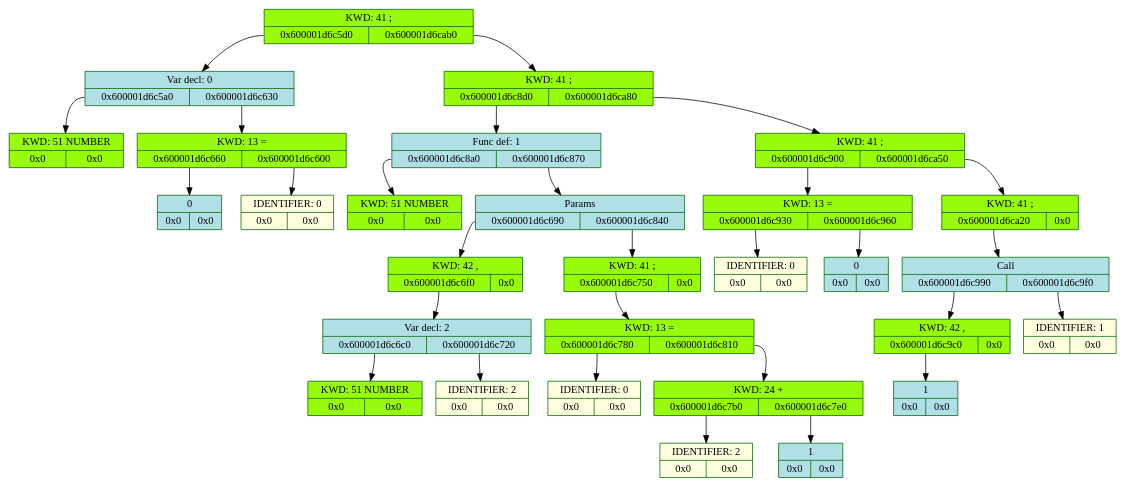
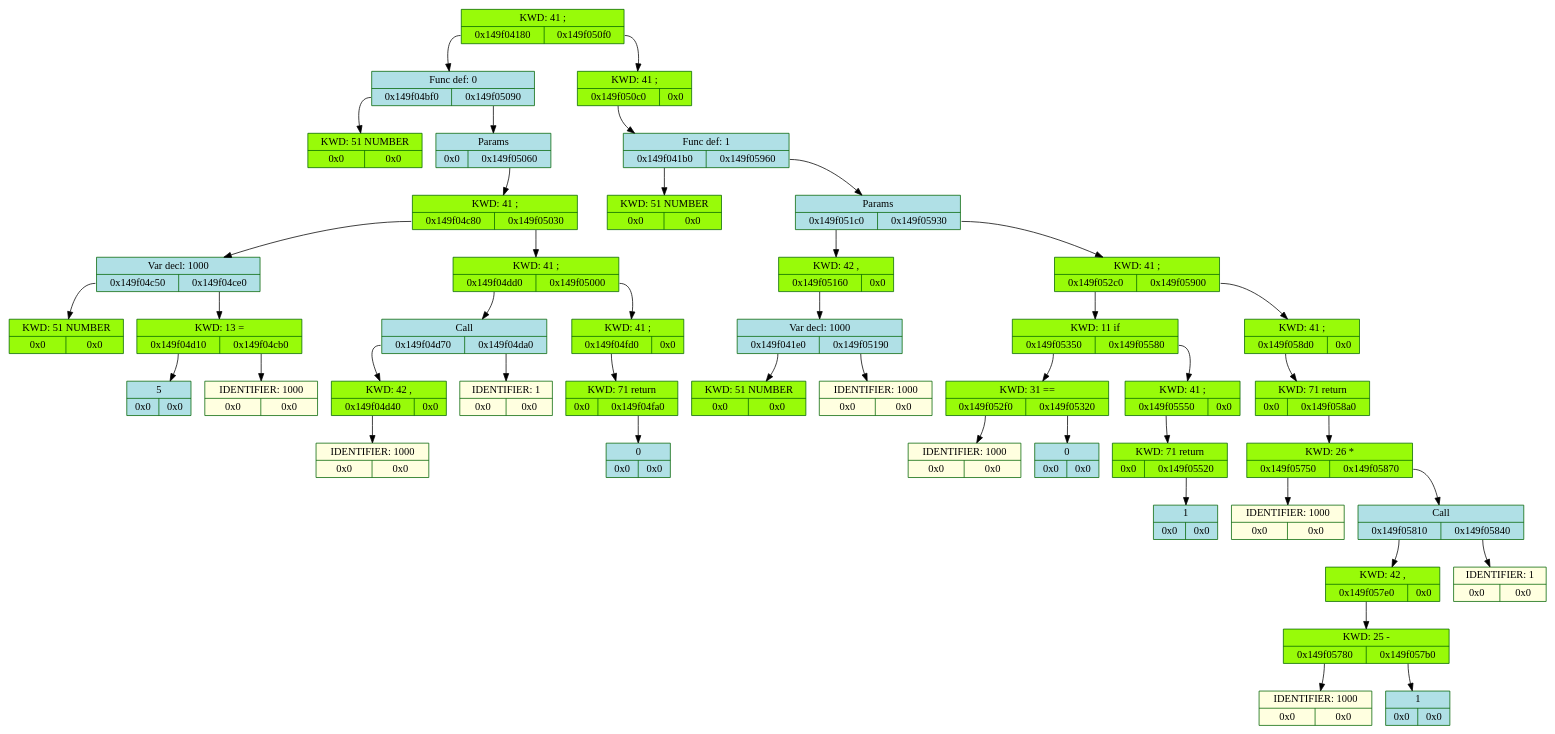
One commit to whiterno/my_lang changed the diagram in frontend/log/dump.dot. Above: the diagram before and after it, drawn with Graphviz. The commit also changed 12 other files, not shown here.

```diff
--- a/frontend/log/dump.dot
+++ b/frontend/log/dump.dot
@@ -1,61 +1,91 @@
 digraph D{
 	rankdir = TB
 
-	node_105553147120352 [color = "darkgreen", style = "filled", shape = "record", fillcolor = "#98FB9" label = "{KWD: 41 ;  | {<fl105553147120352> 0x600001d6c5d0 | <fr105553147120352> 0x600001d6cab0}}"]
-	node_105553147120352: <fl105553147120352> -> node_105553147119056 [color = "black", arrowhead = "normal", label = ""]
-	node_105553147119056 [color = "darkgreen", style = "filled", shape = "record", fillcolor = "#B0E0E6" label = "{Var decl: 0 | {<fl105553147119056> 0x600001d6c5a0 | <fr105553147119056> 0x600001d6c630}}"]
-	node_105553147119056: <fl105553147119056> -> node_105553147119008 [color = "black", arrowhead = "normal", label = ""]
-	node_105553147119008 [color = "darkgreen", style = "filled", shape = "record", fillcolor = "#98FB9" label = "{KWD: 51 NUMBER  | {<fl105553147119008> 0x0 | <fr105553147119008> 0x0}}"]
-	node_105553147119056: <fr105553147119056> -> node_105553147119152 [color = "black", arrowhead = "normal", label = ""]
-	node_105553147119152 [color = "darkgreen", style = "filled", shape = "record", fillcolor = "#98FB9" label = "{KWD: 13 =  | {<fl105553147119152> 0x600001d6c660 | <fr105553147119152> 0x600001d6c600}}"]
-	node_105553147119152: <fl105553147119152> -> node_105553147119200 [color = "black", arrowhead = "normal", label = ""]
-	node_105553147119200 [color = "darkgreen", style = "filled", shape = "record", fillcolor = "#B0E0E6" label = "{0  | {<fl105553147119200> 0x0 | <fr105553147119200> 0x0}}"]
-	node_105553147119152: <fr105553147119152> -> node_105553147119104 [color = "black", arrowhead = "normal", label = ""]
-	node_105553147119104 [color = "darkgreen", style = "filled", shape = "record", fillcolor = "#FFFFE0" label = "{IDENTIFIER: 0 | {<fl105553147119104> 0x0 | <fr105553147119104> 0x0}}"]
-	node_105553147120352: <fr105553147120352> -> node_105553147120304 [color = "black", arrowhead = "normal", label = ""]
-	node_105553147120304 [color = "darkgreen", style = "filled", shape = "record", fillcolor = "#98FB9" label = "{KWD: 41 ;  | {<fl105553147120304> 0x600001d6c8d0 | <fr105553147120304> 0x600001d6ca80}}"]
-	node_105553147120304: <fl105553147120304> -> node_105553147119824 [color = "black", arrowhead = "normal", label = ""]
-	node_105553147119824 [color = "darkgreen", style = "filled", shape = "record", fillcolor = "#B0E0E6" label = "{Func def: 1  | {<fl105553147119824> 0x600001d6c8a0 | <fr105553147119824> 0x600001d6c870}}"]
-	node_105553147119824: <fl105553147119824> -> node_105553147119776 [color = "black", arrowhead = "normal", label = ""]
-	node_105553147119776 [color = "darkgreen", style = "filled", shape = "record", fillcolor = "#98FB9" label = "{KWD: 51 NUMBER  | {<fl105553147119776> 0x0 | <fr105553147119776> 0x0}}"]
-	node_105553147119824: <fr105553147119824> -> node_105553147119728 [color = "black", arrowhead = "normal", label = ""]
-	node_105553147119728 [color = "darkgreen", style = "filled", shape = "record", fillcolor = "#B0E0E6" label = "{Params  | {<fl105553147119728> 0x600001d6c690 | <fr105553147119728> 0x600001d6c840}}"]
-	node_105553147119728: <fl105553147119728> -> node_105553147119248 [color = "black", arrowhead = "normal", label = ""]
-	node_105553147119248 [color = "darkgreen", style = "filled", shape = "record", fillcolor = "#98FB9" label = "{KWD: 42 ,  | {<fl105553147119248> 0x600001d6c6f0 | <fr105553147119248> 0x0}}"]
-	node_105553147119248: <fl105553147119248> -> node_105553147119344 [color = "black", arrowhead = "normal", label = ""]
-	node_105553147119344 [color = "darkgreen", style = "filled", shape = "record", fillcolor = "#B0E0E6" label = "{Var decl: 2 | {<fl105553147119344> 0x600001d6c6c0 | <fr105553147119344> 0x600001d6c720}}"]
-	node_105553147119344: <fl105553147119344> -> node_105553147119296 [color = "black", arrowhead = "normal", label = ""]
-	node_105553147119296 [color = "darkgreen", style = "filled", shape = "record", fillcolor = "#98FB9" label = "{KWD: 51 NUMBER  | {<fl105553147119296> 0x0 | <fr105553147119296> 0x0}}"]
-	node_105553147119344: <fr105553147119344> -> node_105553147119392 [color = "black", arrowhead = "normal", label = ""]
-	node_105553147119392 [color = "darkgreen", style = "filled", shape = "record", fillcolor = "#FFFFE0" label = "{IDENTIFIER: 2 | {<fl105553147119392> 0x0 | <fr105553147119392> 0x0}}"]
-	node_105553147119728: <fr105553147119728> -> node_105553147119680 [color = "black", arrowhead = "normal", label = ""]
-	node_105553147119680 [color = "darkgreen", style = "filled", shape = "record", fillcolor = "#98FB9" label = "{KWD: 41 ;  | {<fl105553147119680> 0x600001d6c750 | <fr105553147119680> 0x0}}"]
-	node_105553147119680: <fl105553147119680> -> node_105553147119440 [color = "black", arrowhead = "normal", label = ""]
-	node_105553147119440 [color = "darkgreen", style = "filled", shape = "record", fillcolor = "#98FB9" label = "{KWD: 13 =  | {<fl105553147119440> 0x600001d6c780 | <fr105553147119440> 0x600001d6c810}}"]
-	node_105553147119440: <fl105553147119440> -> node_105553147119488 [color = "black", arrowhead = "normal", label = ""]
-	node_105553147119488 [color = "darkgreen", style = "filled", shape = "record", fillcolor = "#FFFFE0" label = "{IDENTIFIER: 0 | {<fl105553147119488> 0x0 | <fr105553147119488> 0x0}}"]
-	node_105553147119440: <fr105553147119440> -> node_105553147119632 [color = "black", arrowhead = "normal", label = ""]
-	node_105553147119632 [color = "darkgreen", style = "filled", shape = "record", fillcolor = "#98FB9" label = "{KWD: 24 +  | {<fl105553147119632> 0x600001d6c7b0 | <fr105553147119632> 0x600001d6c7e0}}"]
-	node_105553147119632: <fl105553147119632> -> node_105553147119536 [color = "black", arrowhead = "normal", label = ""]
-	node_105553147119536 [color = "darkgreen", style = "filled", shape = "record", fillcolor = "#FFFFE0" label = "{IDENTIFIER: 2 | {<fl105553147119536> 0x0 | <fr105553147119536> 0x0}}"]
-	node_105553147119632: <fr105553147119632> -> node_105553147119584 [color = "black", arrowhead = "normal", label = ""]
-	node_105553147119584 [color = "darkgreen", style = "filled", shape = "record", fillcolor = "#B0E0E6" label = "{1  | {<fl105553147119584> 0x0 | <fr105553147119584> 0x0}}"]
-	node_105553147120304: <fr105553147120304> -> node_105553147120256 [color = "black", arrowhead = "normal", label = ""]
-	node_105553147120256 [color = "darkgreen", style = "filled", shape = "record", fillcolor = "#98FB9" label = "{KWD: 41 ;  | {<fl105553147120256> 0x600001d6c900 | <fr105553147120256> 0x600001d6ca50}}"]
-	node_105553147120256: <fl105553147120256> -> node_105553147119872 [color = "black", arrowhead = "normal", label = ""]
-	node_105553147119872 [color = "darkgreen", style = "filled", shape = "record", fillcolor = "#98FB9" label = "{KWD: 13 =  | {<fl105553147119872> 0x600001d6c930 | <fr105553147119872> 0x600001d6c960}}"]
-	node_105553147119872: <fl105553147119872> -> node_105553147119920 [color = "black", arrowhead = "normal", label = ""]
-	node_105553147119920 [color = "darkgreen", style = "filled", shape = "record", fillcolor = "#FFFFE0" label = "{IDENTIFIER: 0 | {<fl105553147119920> 0x0 | <fr105553147119920> 0x0}}"]
-	node_105553147119872: <fr105553147119872> -> node_105553147119968 [color = "black", arrowhead = "normal", label = ""]
-	node_105553147119968 [color = "darkgreen", style = "filled", shape = "record", fillcolor = "#B0E0E6" label = "{0  | {<fl105553147119968> 0x0 | <fr105553147119968> 0x0}}"]
-	node_105553147120256: <fr105553147120256> -> node_105553147120208 [color = "black", arrowhead = "normal", label = ""]
-	node_105553147120208 [color = "darkgreen", style = "filled", shape = "record", fillcolor = "#98FB9" label = "{KWD: 41 ;  | {<fl105553147120208> 0x600001d6ca20 | <fr105553147120208> 0x0}}"]
-	node_105553147120208: <fl105553147120208> -> node_105553147120160 [color = "black", arrowhead = "normal", label = ""]
-	node_105553147120160 [color = "darkgreen", style = "filled", shape = "record", fillcolor = "#B0E0E6" label = "{Call  | {<fl105553147120160> 0x600001d6c990 | <fr105553147120160> 0x600001d6c9f0}}"]
-	node_105553147120160: <fl105553147120160> -> node_105553147120016 [color = "black", arrowhead = "normal", label = ""]
-	node_105553147120016 [color = "darkgreen", style = "filled", shape = "record", fillcolor = "#98FB9" label = "{KWD: 42 ,  | {<fl105553147120016> 0x600001d6c9c0 | <fr105553147120016> 0x0}}"]
-	node_105553147120016: <fl105553147120016> -> node_105553147120064 [color = "black", arrowhead = "normal", label = ""]
-	node_105553147120064 [color = "darkgreen", style = "filled", shape = "record", fillcolor = "#B0E0E6" label = "{1  | {<fl105553147120064> 0x0 | <fr105553147120064> 0x0}}"]
-	node_105553147120160: <fr105553147120160> -> node_105553147120112 [color = "black", arrowhead = "normal", label = ""]
-	node_105553147120112 [color = "darkgreen", style = "filled", shape = "record", fillcolor = "#FFFFE0" label = "{IDENTIFIER: 1 | {<fl105553147120112> 0x0 | <fr105553147120112> 0x0}}"]
+	node_5535453472 [color = "darkgreen", style = "filled", shape = "record", fillcolor = "#98FB9" label = "{KWD: 41 ;  | {<fl5535453472> 0x149f04180 | <fr5535453472> 0x149f050f0}}"]
+	node_5535453472: <fl5535453472> -> node_5535449472 [color = "black", arrowhead = "normal", label = ""]
+	node_5535449472 [color = "darkgreen", style = "filled", shape = "record", fillcolor = "#B0E0E6" label = "{Func def: 0  | {<fl5535449472> 0x149f04bf0 | <fr5535449472> 0x149f05090}}"]
+	node_5535449472: <fl5535449472> -> node_5535452144 [color = "black", arrowhead = "normal", label = ""]
+	node_5535452144 [color = "darkgreen", style = "filled", shape = "record", fillcolor = "#98FB9" label = "{KWD: 51 NUMBER  | {<fl5535452144> 0x0 | <fr5535452144> 0x0}}"]
+	node_5535449472: <fr5535449472> -> node_5535453328 [color = "black", arrowhead = "normal", label = ""]
+	node_5535453328 [color = "darkgreen", style = "filled", shape = "record", fillcolor = "#B0E0E6" label = "{Params  | {<fl5535453328> 0x0 | <fr5535453328> 0x149f05060}}"]
+	node_5535453328: <fr5535453328> -> node_5535453280 [color = "black", arrowhead = "normal", label = ""]
+	node_5535453280 [color = "darkgreen", style = "filled", shape = "record", fillcolor = "#98FB9" label = "{KWD: 41 ;  | {<fl5535453280> 0x149f04c80 | <fr5535453280> 0x149f05030}}"]
+	node_5535453280: <fl5535453280> -> node_5535452288 [color = "black", arrowhead = "normal", label = ""]
+	node_5535452288 [color = "darkgreen", style = "filled", shape = "record", fillcolor = "#B0E0E6" label = "{Var decl: 1000 | {<fl5535452288> 0x149f04c50 | <fr5535452288> 0x149f04ce0}}"]
+	node_5535452288: <fl5535452288> -> node_5535452240 [color = "black", arrowhead = "normal", label = ""]
+	node_5535452240 [color = "darkgreen", style = "filled", shape = "record", fillcolor = "#98FB9" label = "{KWD: 51 NUMBER  | {<fl5535452240> 0x0 | <fr5535452240> 0x0}}"]
+	node_5535452288: <fr5535452288> -> node_5535452384 [color = "black", arrowhead = "normal", label = ""]
+	node_5535452384 [color = "darkgreen", style = "filled", shape = "record", fillcolor = "#98FB9" label = "{KWD: 13 =  | {<fl5535452384> 0x149f04d10 | <fr5535452384> 0x149f04cb0}}"]
+	node_5535452384: <fl5535452384> -> node_5535452432 [color = "black", arrowhead = "normal", label = ""]
+	node_5535452432 [color = "darkgreen", style = "filled", shape = "record", fillcolor = "#B0E0E6" label = "{5  | {<fl5535452432> 0x0 | <fr5535452432> 0x0}}"]
+	node_5535452384: <fr5535452384> -> node_5535452336 [color = "black", arrowhead = "normal", label = ""]
+	node_5535452336 [color = "darkgreen", style = "filled", shape = "record", fillcolor = "#FFFFE0" label = "{IDENTIFIER: 1000 | {<fl5535452336> 0x0 | <fr5535452336> 0x0}}"]
+	node_5535453280: <fr5535453280> -> node_5535453232 [color = "black", arrowhead = "normal", label = ""]
+	node_5535453232 [color = "darkgreen", style = "filled", shape = "record", fillcolor = "#98FB9" label = "{KWD: 41 ;  | {<fl5535453232> 0x149f04dd0 | <fr5535453232> 0x149f05000}}"]
+	node_5535453232: <fl5535453232> -> node_5535452624 [color = "black", arrowhead = "normal", label = ""]
+	node_5535452624 [color = "darkgreen", style = "filled", shape = "record", fillcolor = "#B0E0E6" label = "{Call  | {<fl5535452624> 0x149f04d70 | <fr5535452624> 0x149f04da0}}"]
+	node_5535452624: <fl5535452624> -> node_5535452528 [color = "black", arrowhead = "normal", label = ""]
+	node_5535452528 [color = "darkgreen", style = "filled", shape = "record", fillcolor = "#98FB9" label = "{KWD: 42 ,  | {<fl5535452528> 0x149f04d40 | <fr5535452528> 0x0}}"]
+	node_5535452528: <fl5535452528> -> node_5535452480 [color = "black", arrowhead = "normal", label = ""]
+	node_5535452480 [color = "darkgreen", style = "filled", shape = "record", fillcolor = "#FFFFE0" label = "{IDENTIFIER: 1000 | {<fl5535452480> 0x0 | <fr5535452480> 0x0}}"]
+	node_5535452624: <fr5535452624> -> node_5535452576 [color = "black", arrowhead = "normal", label = ""]
+	node_5535452576 [color = "darkgreen", style = "filled", shape = "record", fillcolor = "#FFFFE0" label = "{IDENTIFIER: 1 | {<fl5535452576> 0x0 | <fr5535452576> 0x0}}"]
+	node_5535453232: <fr5535453232> -> node_5535453184 [color = "black", arrowhead = "normal", label = ""]
+	node_5535453184 [color = "darkgreen", style = "filled", shape = "record", fillcolor = "#98FB9" label = "{KWD: 41 ;  | {<fl5535453184> 0x149f04fd0 | <fr5535453184> 0x0}}"]
+	node_5535453184: <fl5535453184> -> node_5535453136 [color = "black", arrowhead = "normal", label = ""]
+	node_5535453136 [color = "darkgreen", style = "filled", shape = "record", fillcolor = "#98FB9" label = "{KWD: 71 return  | {<fl5535453136> 0x0 | <fr5535453136> 0x149f04fa0}}"]
+	node_5535453136: <fr5535453136> -> node_5535453088 [color = "black", arrowhead = "normal", label = ""]
+	node_5535453088 [color = "darkgreen", style = "filled", shape = "record", fillcolor = "#B0E0E6" label = "{0  | {<fl5535453088> 0x0 | <fr5535453088> 0x0}}"]
+	node_5535453472: <fr5535453472> -> node_5535453424 [color = "black", arrowhead = "normal", label = ""]
+	node_5535453424 [color = "darkgreen", style = "filled", shape = "record", fillcolor = "#98FB9" label = "{KWD: 41 ;  | {<fl5535453424> 0x149f050c0 | <fr5535453424> 0x0}}"]
+	node_5535453424: <fl5535453424> -> node_5535453376 [color = "black", arrowhead = "normal", label = ""]
+	node_5535453376 [color = "darkgreen", style = "filled", shape = "record", fillcolor = "#B0E0E6" label = "{Func def: 1  | {<fl5535453376> 0x149f041b0 | <fr5535453376> 0x149f05960}}"]
+	node_5535453376: <fl5535453376> -> node_5535449520 [color = "black", arrowhead = "normal", label = ""]
+	node_5535449520 [color = "darkgreen", style = "filled", shape = "record", fillcolor = "#98FB9" label = "{KWD: 51 NUMBER  | {<fl5535449520> 0x0 | <fr5535449520> 0x0}}"]
+	node_5535453376: <fr5535453376> -> node_5535455584 [color = "black", arrowhead = "normal", label = ""]
+	node_5535455584 [color = "darkgreen", style = "filled", shape = "record", fillcolor = "#B0E0E6" label = "{Params  | {<fl5535455584> 0x149f051c0 | <fr5535455584> 0x149f05930}}"]
+	node_5535455584: <fl5535455584> -> node_5535453632 [color = "black", arrowhead = "normal", label = ""]
+	node_5535453632 [color = "darkgreen", style = "filled", shape = "record", fillcolor = "#98FB9" label = "{KWD: 42 ,  | {<fl5535453632> 0x149f05160 | <fr5535453632> 0x0}}"]
+	node_5535453632: <fl5535453632> -> node_5535453536 [color = "black", arrowhead = "normal", label = ""]
+	node_5535453536 [color = "darkgreen", style = "filled", shape = "record", fillcolor = "#B0E0E6" label = "{Var decl: 1000 | {<fl5535453536> 0x149f041e0 | <fr5535453536> 0x149f05190}}"]
+	node_5535453536: <fl5535453536> -> node_5535449568 [color = "black", arrowhead = "normal", label = ""]
+	node_5535449568 [color = "darkgreen", style = "filled", shape = "record", fillcolor = "#98FB9" label = "{KWD: 51 NUMBER  | {<fl5535449568> 0x0 | <fr5535449568> 0x0}}"]
+	node_5535453536: <fr5535453536> -> node_5535453584 [color = "black", arrowhead = "normal", label = ""]
+	node_5535453584 [color = "darkgreen", style = "filled", shape = "record", fillcolor = "#FFFFE0" label = "{IDENTIFIER: 1000 | {<fl5535453584> 0x0 | <fr5535453584> 0x0}}"]
+	node_5535455584: <fr5535455584> -> node_5535455536 [color = "black", arrowhead = "normal", label = ""]
+	node_5535455536 [color = "darkgreen", style = "filled", shape = "record", fillcolor = "#98FB9" label = "{KWD: 41 ;  | {<fl5535455536> 0x149f052c0 | <fr5535455536> 0x149f05900}}"]
+	node_5535455536: <fl5535455536> -> node_5535453888 [color = "black", arrowhead = "normal", label = ""]
+	node_5535453888 [color = "darkgreen", style = "filled", shape = "record", fillcolor = "#98FB9" label = "{KWD: 11 if  | {<fl5535453888> 0x149f05350 | <fr5535453888> 0x149f05580}}"]
+	node_5535453888: <fl5535453888> -> node_5535454032 [color = "black", arrowhead = "normal", label = ""]
+	node_5535454032 [color = "darkgreen", style = "filled", shape = "record", fillcolor = "#98FB9" label = "{KWD: 31 ==  | {<fl5535454032> 0x149f052f0 | <fr5535454032> 0x149f05320}}"]
+	node_5535454032: <fl5535454032> -> node_5535453936 [color = "black", arrowhead = "normal", label = ""]
+	node_5535453936 [color = "darkgreen", style = "filled", shape = "record", fillcolor = "#FFFFE0" label = "{IDENTIFIER: 1000 | {<fl5535453936> 0x0 | <fr5535453936> 0x0}}"]
+	node_5535454032: <fr5535454032> -> node_5535453984 [color = "black", arrowhead = "normal", label = ""]
+	node_5535453984 [color = "darkgreen", style = "filled", shape = "record", fillcolor = "#B0E0E6" label = "{0  | {<fl5535453984> 0x0 | <fr5535453984> 0x0}}"]
+	node_5535453888: <fr5535453888> -> node_5535454592 [color = "black", arrowhead = "normal", label = ""]
+	node_5535454592 [color = "darkgreen", style = "filled", shape = "record", fillcolor = "#98FB9" label = "{KWD: 41 ;  | {<fl5535454592> 0x149f05550 | <fr5535454592> 0x0}}"]
+	node_5535454592: <fl5535454592> -> node_5535454544 [color = "black", arrowhead = "normal", label = ""]
+	node_5535454544 [color = "darkgreen", style = "filled", shape = "record", fillcolor = "#98FB9" label = "{KWD: 71 return  | {<fl5535454544> 0x0 | <fr5535454544> 0x149f05520}}"]
+	node_5535454544: <fr5535454544> -> node_5535454496 [color = "black", arrowhead = "normal", label = ""]
+	node_5535454496 [color = "darkgreen", style = "filled", shape = "record", fillcolor = "#B0E0E6" label = "{1  | {<fl5535454496> 0x0 | <fr5535454496> 0x0}}"]
+	node_5535455536: <fr5535455536> -> node_5535455488 [color = "black", arrowhead = "normal", label = ""]
+	node_5535455488 [color = "darkgreen", style = "filled", shape = "record", fillcolor = "#98FB9" label = "{KWD: 41 ;  | {<fl5535455488> 0x149f058d0 | <fr5535455488> 0x0}}"]
+	node_5535455488: <fl5535455488> -> node_5535455440 [color = "black", arrowhead = "normal", label = ""]
+	node_5535455440 [color = "darkgreen", style = "filled", shape = "record", fillcolor = "#98FB9" label = "{KWD: 71 return  | {<fl5535455440> 0x0 | <fr5535455440> 0x149f058a0}}"]
+	node_5535455440: <fr5535455440> -> node_5535455392 [color = "black", arrowhead = "normal", label = ""]
+	node_5535455392 [color = "darkgreen", style = "filled", shape = "record", fillcolor = "#98FB9" label = "{KWD: 26 *  | {<fl5535455392> 0x149f05750 | <fr5535455392> 0x149f05870}}"]
+	node_5535455392: <fl5535455392> -> node_5535455056 [color = "black", arrowhead = "normal", label = ""]
+	node_5535455056 [color = "darkgreen", style = "filled", shape = "record", fillcolor = "#FFFFE0" label = "{IDENTIFIER: 1000 | {<fl5535455056> 0x0 | <fr5535455056> 0x0}}"]
+	node_5535455392: <fr5535455392> -> node_5535455344 [color = "black", arrowhead = "normal", label = ""]
+	node_5535455344 [color = "darkgreen", style = "filled", shape = "record", fillcolor = "#B0E0E6" label = "{Call  | {<fl5535455344> 0x149f05810 | <fr5535455344> 0x149f05840}}"]
+	node_5535455344: <fl5535455344> -> node_5535455248 [color = "black", arrowhead = "normal", label = ""]
+	node_5535455248 [color = "darkgreen", style = "filled", shape = "record", fillcolor = "#98FB9" label = "{KWD: 42 ,  | {<fl5535455248> 0x149f057e0 | <fr5535455248> 0x0}}"]
+	node_5535455248: <fl5535455248> -> node_5535455200 [color = "black", arrowhead = "normal", label = ""]
+	node_5535455200 [color = "darkgreen", style = "filled", shape = "record", fillcolor = "#98FB9" label = "{KWD: 25 -  | {<fl5535455200> 0x149f05780 | <fr5535455200> 0x149f057b0}}"]
+	node_5535455200: <fl5535455200> -> node_5535455104 [color = "black", arrowhead = "normal", label = ""]
+	node_5535455104 [color = "darkgreen", style = "filled", shape = "record", fillcolor = "#FFFFE0" label = "{IDENTIFIER: 1000 | {<fl5535455104> 0x0 | <fr5535455104> 0x0}}"]
+	node_5535455200: <fr5535455200> -> node_5535455152 [color = "black", arrowhead = "normal", label = ""]
+	node_5535455152 [color = "darkgreen", style = "filled", shape = "record", fillcolor = "#B0E0E6" label = "{1  | {<fl5535455152> 0x0 | <fr5535455152> 0x0}}"]
+	node_5535455344: <fr5535455344> -> node_5535455296 [color = "black", arrowhead = "normal", label = ""]
+	node_5535455296 [color = "darkgreen", style = "filled", shape = "record", fillcolor = "#FFFFE0" label = "{IDENTIFIER: 1 | {<fl5535455296> 0x0 | <fr5535455296> 0x0}}"]
 }
```
